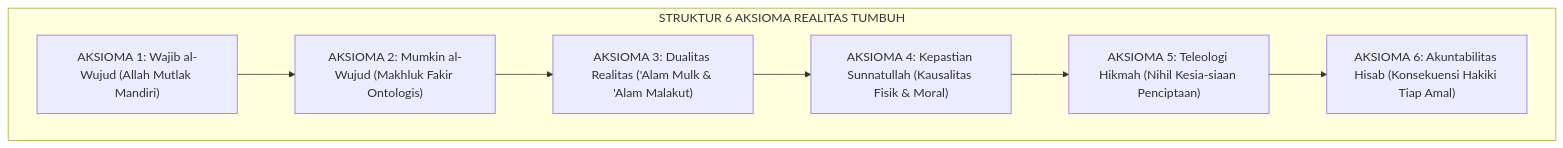
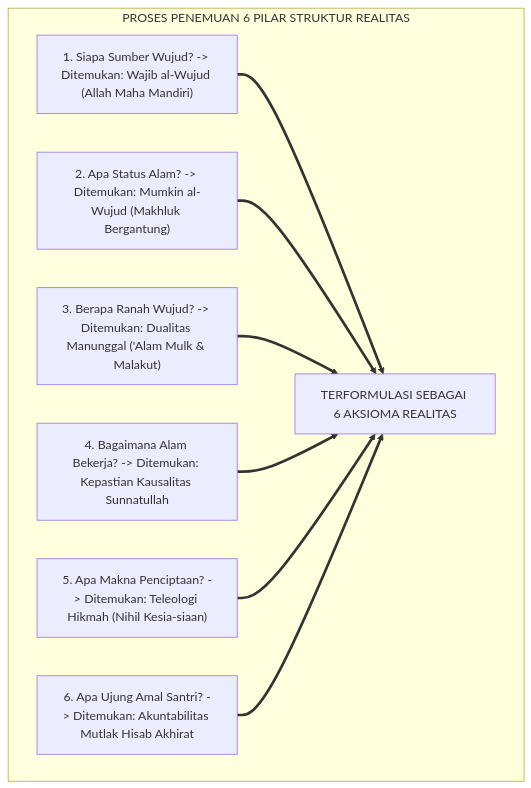
Before and after one commit to wandiapriliyandi/tumbuh: the third of 5 diagrams in 01 Philosophy/01 Worldview/P1-01-01-02-Kajian-Dialektika-Inkuiri-dan-Tanya-Jawab-Aksioma-Realitas.md, drawn with Mermaid. The commit also changed other lines of this file and 1 other file, not shown here.

````diff
--- a/01 Philosophy/01 Worldview/P1-01-01-02-Kajian-Dialektika-Inkuiri-dan-Tanya-Jawab-Aksioma-Realitas.md
+++ b/01 Philosophy/01 Worldview/P1-01-01-02-Kajian-Dialektika-Inkuiri-dan-Tanya-Jawab-Aksioma-Realitas.md
@@ -99,13 +105,13 @@
 ```mermaid
 graph TD
-    subgraph EnamAksiomaClash["STRUKTUR 6 AKSIOMA REALITAS TUMBUH"]
-        A1["AKSIOMA 1: Wajib al-Wujud (Allah Mutlak Mandiri)"]
-        A2["AKSIOMA 2: Mumkin al-Wujud (Makhluk Fakir Ontologis)"]
-        A3["AKSIOMA 3: Dualitas Realitas ('Alam Mulk & 'Alam Malakut)"]
-        A4["AKSIOMA 4: Kepastian Sunnatullah (Kausalitas Fisik & Moral)"]
-        A5["AKSIOMA 5: Teleologi Hikmah (Nihil Kesia-siaan Penciptaan)"]
-        A6["AKSIOMA 6: Akuntabilitas Hisab (Konsekuensi Hakiki Tiap Amal)"]
+    subgraph InvestigasiEksistensi["PROSES PENEMUAN 6 PILAR STRUKTUR REALITAS"]
+        Q1["1. Siapa Sumber Wujud? -> Ditemukan: Wajib al-Wujud (Allah Maha Mandiri)"]
+        Q2["2. Apa Status Alam? -> Ditemukan: Mumkin al-Wujud (Makhluk Bergantung)"]
+        Q3["3. Berapa Ranah Wujud? -> Ditemukan: Dualitas Manunggal ('Alam Mulk & Malakut)"]
+        Q4["4. Bagaimana Alam Bekerja? -> Ditemukan: Kepastian Kausalitas Sunnatullah"]
+        Q5["5. Apa Makna Penciptaan? -> Ditemukan: Teleologi Hikmah (Nihil Kesia-siaan)"]
+        Q6["6. Apa Ujung Amal Santri? -> Ditemukan: Akuntabilitas Mutlak Hisab Akhirat"]
         
-        A1 --> A2 --> A3 --> A4 --> A5 --> A6
+        Q1 & Q2 & Q3 & Q4 & Q5 & Q6 ==> EnamPilar["TERFORMULASI SEBAGAI 6 AKSIOMA REALITAS"]
     end
 ```
````
